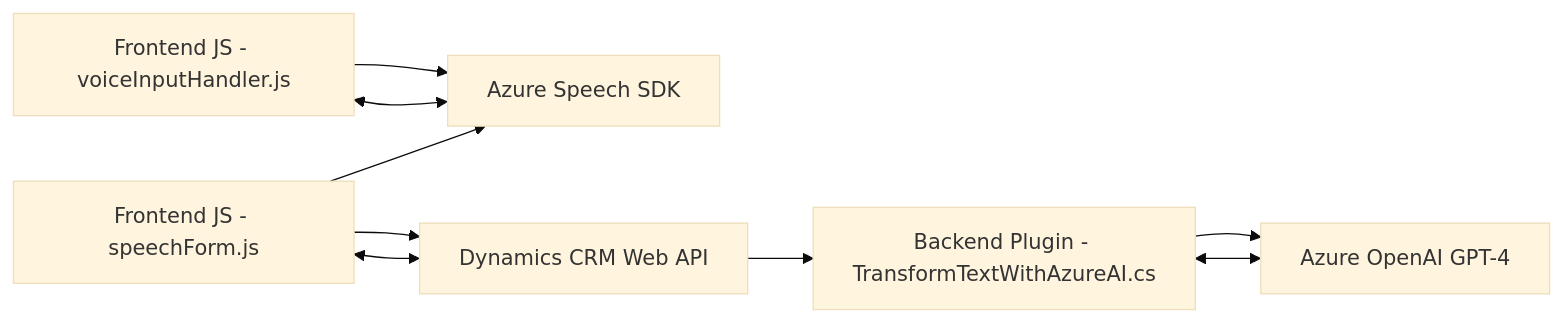
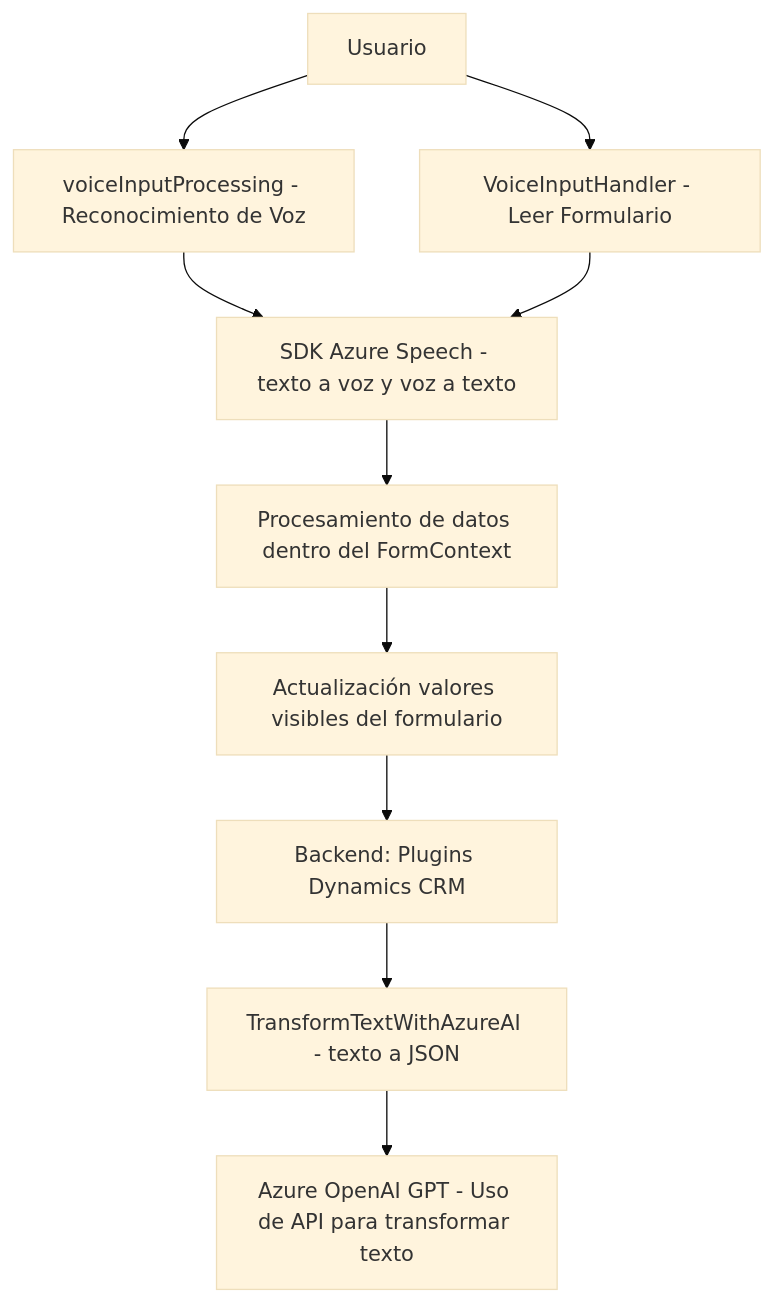
Before and after one commit to blopezdm/NETCORE_BILBAO2025: the diagram in README.md, drawn with Mermaid (base theme). The commit also changed other lines of this file, not shown here.

````diff
--- a/README.md
+++ b/README.md
@@ -39,18 +78,12 @@
 ```mermaid
-graph LR
-    A["Frontend JS - voiceInputHandler.js"]
-    B["Frontend JS - speechForm.js"]
-    C["Backend Plugin - TransformTextWithAzureAI.cs"]
-    D["Azure Speech SDK"]
-    E["Azure OpenAI GPT-4"]
-    F["Dynamics CRM API"]
-
-    A --> D["Azure Speech SDK"]
+graph TD
+    AZ[Usuario] --> B["VoiceInputHandler - Leer Formulario"]
+    AZ[Usuario] --> C["voiceInputProcessing - Reconocimiento de Voz"]
+    C --> D["SDK Azure Speech - texto a voz y voz a texto"]
     B --> D
-    B --> F["Dynamics CRM Web API"]
-    C --> E["Azure OpenAI GPT-4"]
-    F --> C
-    D <--> A
-    E <--> C
-    F <--> B
+    D --> E["Procesamiento de datos dentro del FormContext"]
+    E --> F["Actualización valores visibles del formulario"]
+    F --> G["Backend: Plugins Dynamics CRM"]
+    G --> H["TransformTextWithAzureAI - texto a JSON"]
+    H --> I["Azure OpenAI GPT - Uso de API para transformar texto"]
 ```
````
